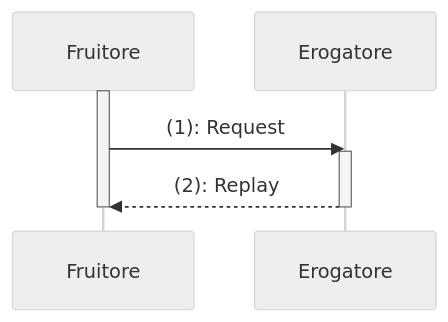
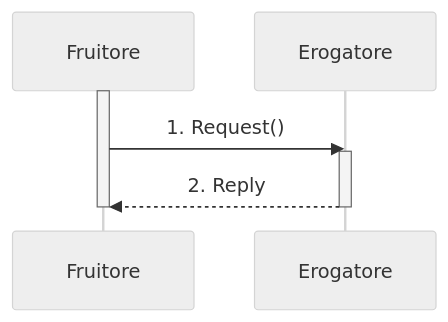
Before and after one commit to italia/lg-modellointeroperabilita-docs: the diagram in doc/profili-di-interazione/accesso-crud-a-risorse.rst, drawn with Mermaid (neutral theme). The commit also changed 6 other files, not shown here.

Commit message:
Fix sequence diagram

```diff
--- a/doc/profili-di-interazione/accesso-crud-a-risorse.rst
+++ b/doc/profili-di-interazione/accesso-crud-a-risorse.rst
@@ -22,11 +22,13 @@
 .. mermaid::
    :caption: Interazione bloccante CRUD
    :alt: interazione bloccante CRUD
 
     sequenceDiagram
-        activate Fruitore
-        Fruitore ->> Erogatore: (1): Request
-       activate Erogatore
-        Erogatore -->>Fruitore: (2): Replay
-       deactivate Fruitore
-       deactivate Erogatore
+      participant F as Fruitore
+      participant E as Erogatore
+      activate F
+      F->>E: 1. Request()
+      activate E
+      E-->>F: 2. Reply
+      deactivate E
+      deactivate F
```
